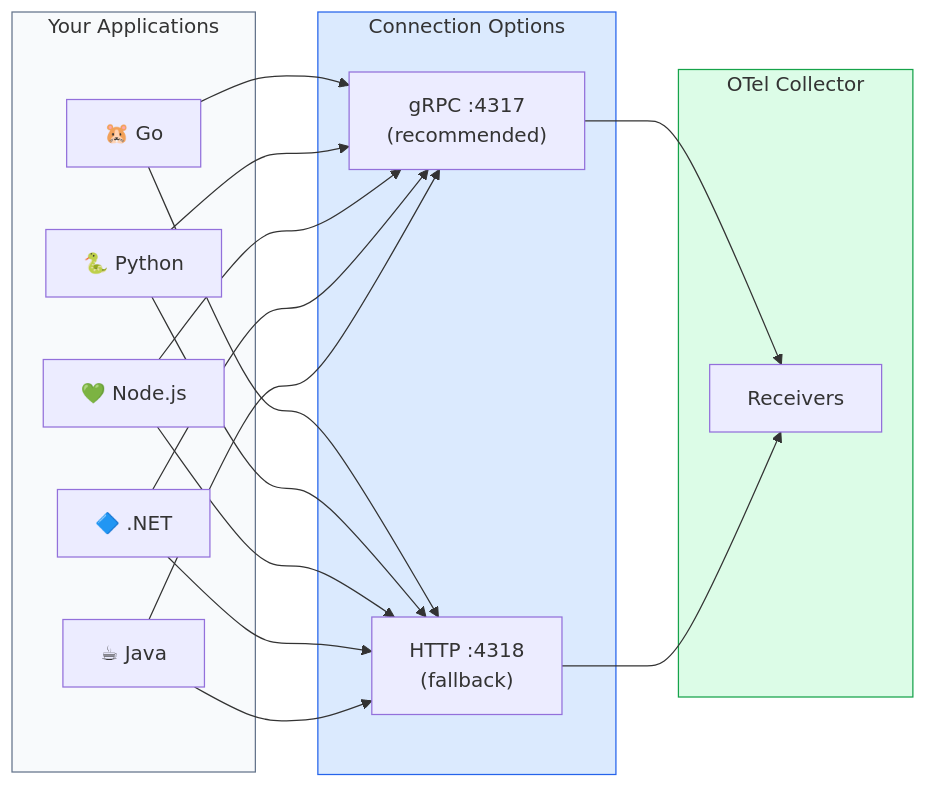
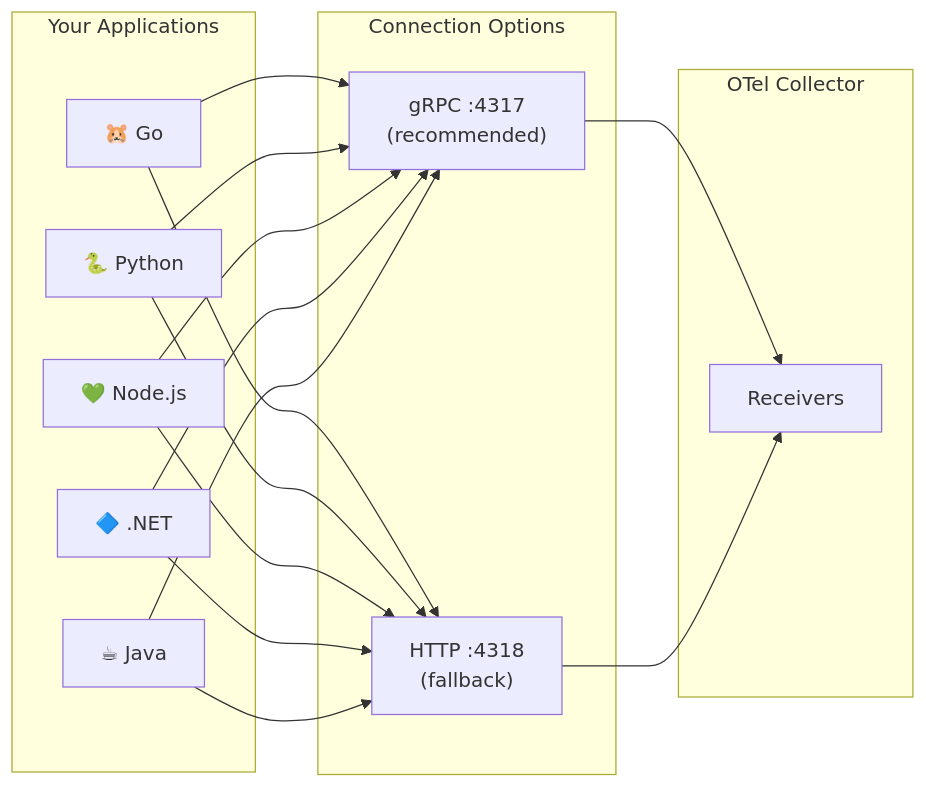
Before and after one commit to shivam-g-mishra/blog: the third of 5 diagrams in docs/observability/single-node-setup.md, drawn with Mermaid. The commit also changed other lines of this file and 23 other files, not shown here.

First line of the commit message:
fix: improve Mermaid diagram visibility in dark mode

````diff
--- a/docs/observability/single-node-setup.md
+++ b/docs/observability/single-node-setup.md
@@ -366,26 +357,22 @@
 ```mermaid
 flowchart LR
     subgraph apps["Your Applications"]
         go[🐹 Go]
         py[🐍 Python]
         node[💚 Node.js]
         net[🔷 .NET]
         java[☕ Java]
     end
     
     subgraph protocols["Connection Options"]
         grpc["gRPC :4317<br/>(recommended)"]
         http["HTTP :4318<br/>(fallback)"]
     end
     
     subgraph collector["OTel Collector"]
         recv[Receivers]
     end
     
     go & py & node & net & java --> grpc & http
     grpc & http --> recv
-    
-    style apps fill:#f8fafc,stroke:#64748b
-    style protocols fill:#dbeafe,stroke:#2563eb
-    style collector fill:#dcfce7,stroke:#16a34a
 ```
````
